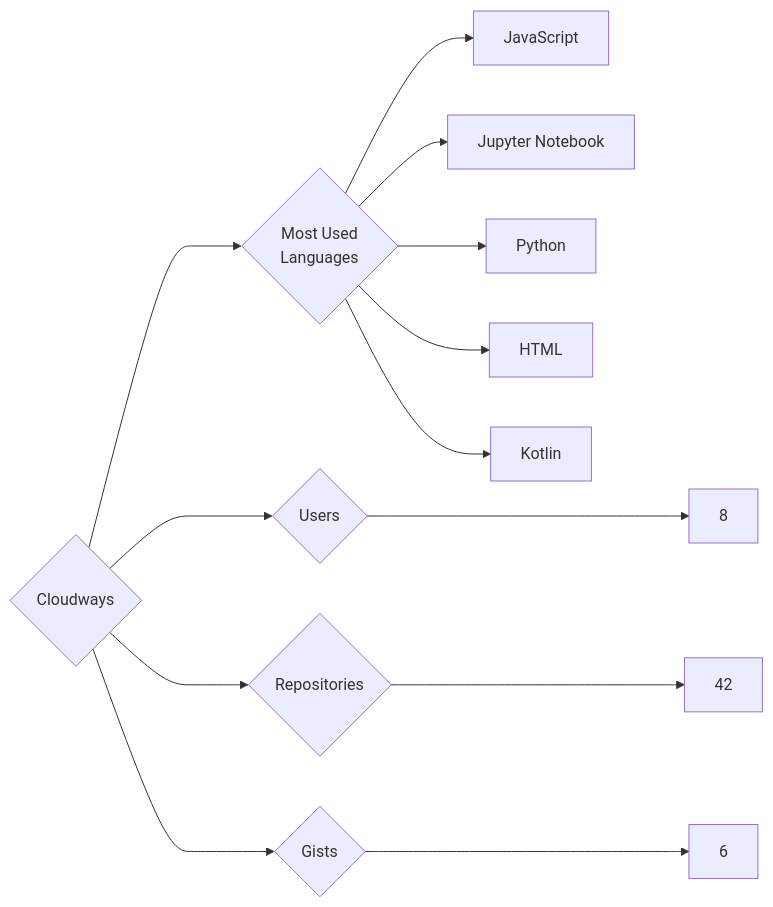
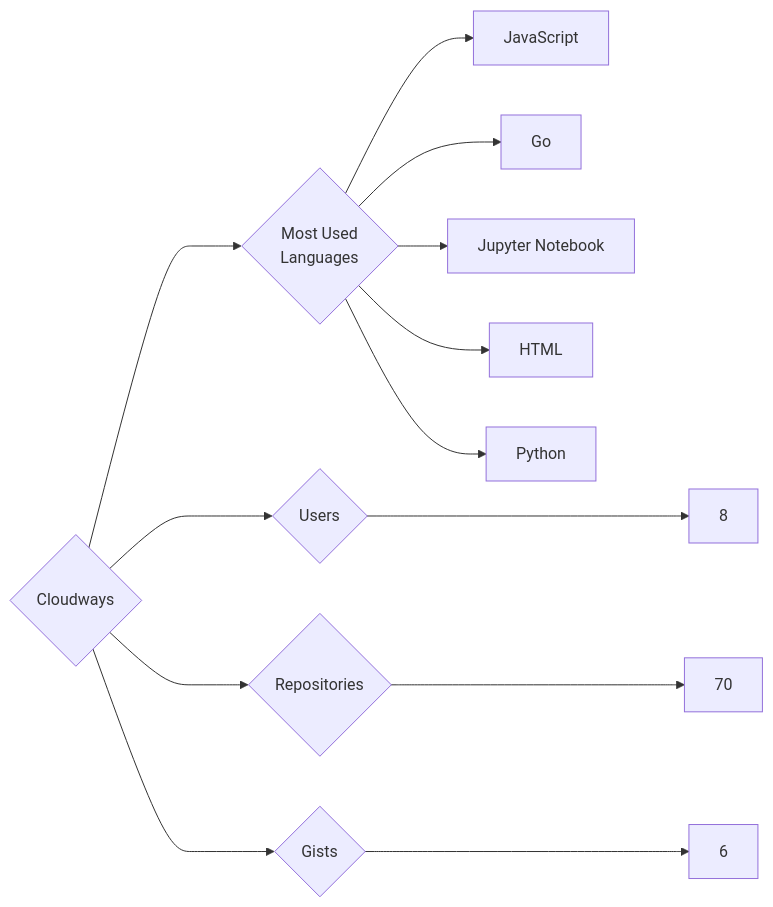
One commit to trickest/insiders changed the diagram in targets/Cloudways/README.md. Above: the diagram before and after it, drawn with Mermaid. The commit also changed 1175 other files, not shown here.

````diff
--- a/targets/Cloudways/README.md
+++ b/targets/Cloudways/README.md
@@ -3,13 +3,13 @@
 ```mermaid
 graph LR
 COMPANY_NAME{Cloudways}
 COMPANY_NAME ---> U{Users} ---> UN[8]
-COMPANY_NAME ---> R{Repositories} ---> RN[42]
+COMPANY_NAME ---> R{Repositories} ---> RN[70]
 COMPANY_NAME ---> G{Gists} ---> GN[6]
 COMPANY_NAME ---> ML{Most Used<br>Languages}
 ML --> JavaScript[JavaScript]
+ML --> Go[Go]
 ML --> Jupyter_Notebook[Jupyter Notebook]
+ML --> HTML[HTML]
 ML --> Python[Python]
-ML --> HTML[HTML]
-ML --> Kotlin[Kotlin]
 ```
````
